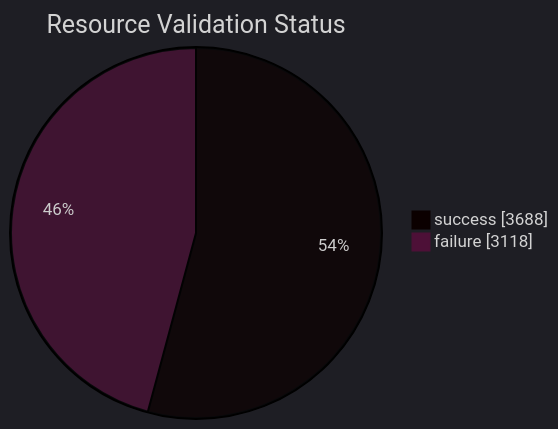
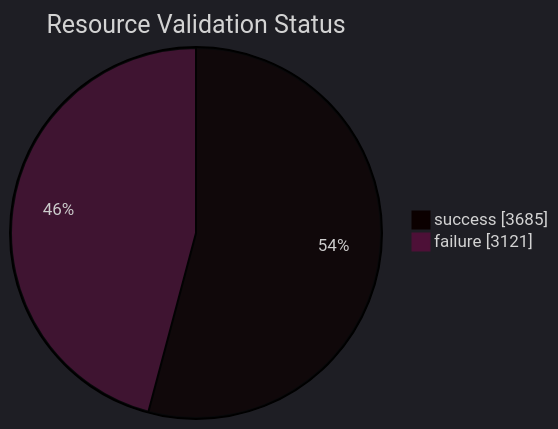
One commit to open-data/analytics-corporate-reporting changed the diagram in datastore_tracker/resource_validation_status_pie_chart.md. Above: the diagram before and after it, drawn with Mermaid. The commit also changed 9 other files, not shown here.

````diff
--- a/datastore_tracker/resource_validation_status_pie_chart.md
+++ b/datastore_tracker/resource_validation_status_pie_chart.md
@@ -2,9 +2,9 @@
 ```mermaid
 ---
 config:
   theme: dark
 ---
 pie showData title Resource Validation Status
-    "success": 3688
-    "failure": 3118
+    "success": 3685
+    "failure": 3121
 ```
````
